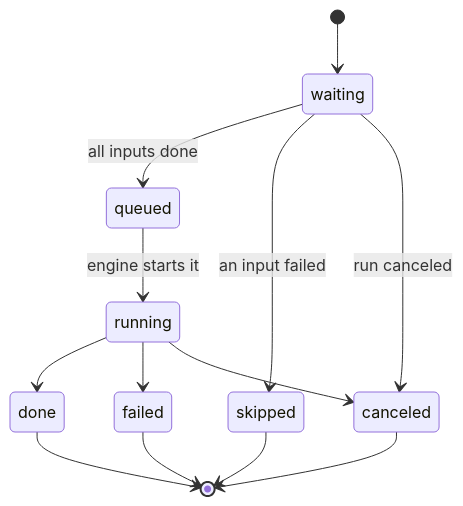
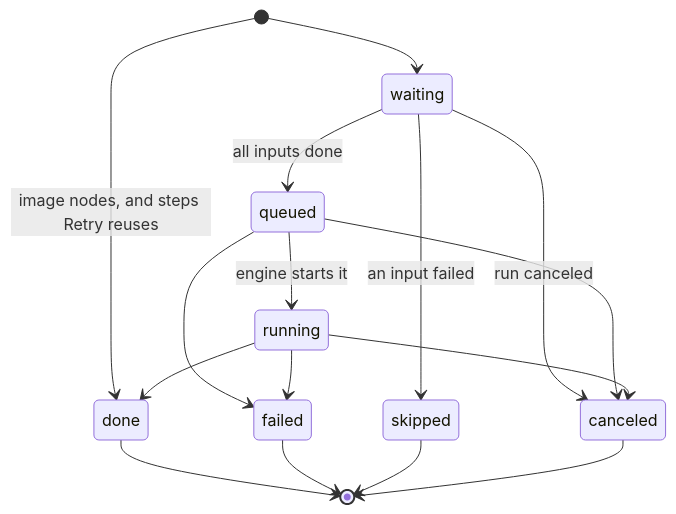
Before and after one commit to tamimKTH/image-studio: the third of 3 diagrams in docs/architecture.md, drawn with Mermaid. The commit also changed other lines of this file and 4 other files, not shown here.

````diff
--- a/docs/architecture.md
+++ b/docs/architecture.md
@@ -96,15 +98,18 @@
 ```mermaid
 stateDiagram-v2
     [*] --> waiting
+    [*] --> done: image nodes, and steps Retry reuses
     waiting --> queued: all inputs done
     waiting --> skipped: an input failed
     waiting --> canceled: run canceled
     queued --> running: engine starts it
+    queued --> failed
+    queued --> canceled
     running --> done
     running --> failed
     running --> canceled
     done --> [*]
     failed --> [*]
     skipped --> [*]
     canceled --> [*]
 ```
````
